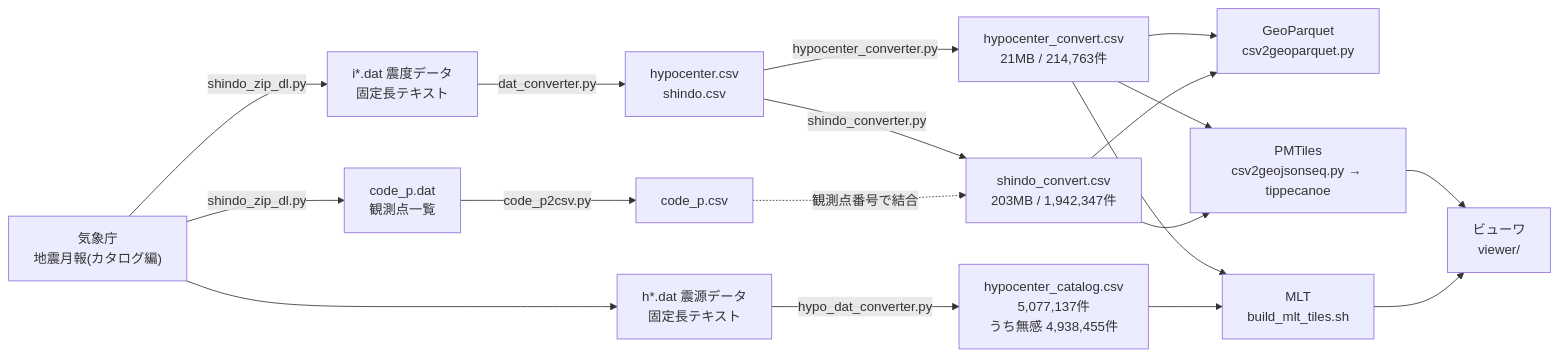
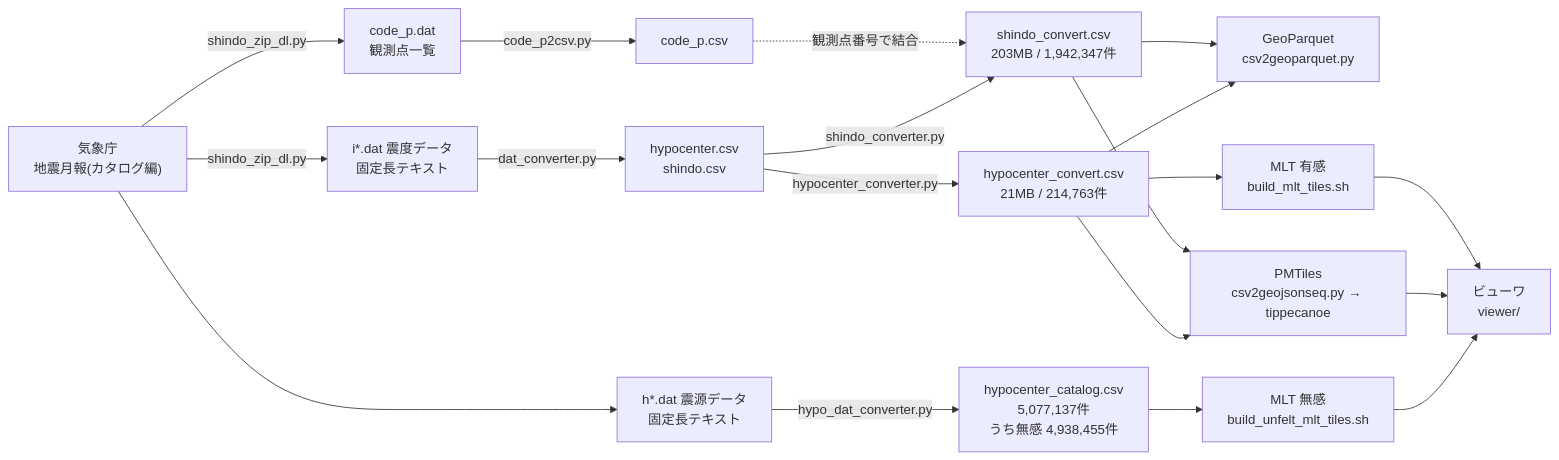
The diagram in README.md (shiwaku/jma-earthquake-data-converter), drawn with Mermaid before and after one commit. The commit also changed other lines of this file and 2 other files, not shown here.

````diff
--- a/README.md
+++ b/README.md
@@ -98,20 +112,21 @@
 ```mermaid
 flowchart LR
   JMA["気象庁<br/>地震月報(カタログ編)"] -->|shindo_zip_dl.py| DAT["i*.dat 震度データ<br/>固定長テキスト"]
   JMA -->|shindo_zip_dl.py| CODEP["code_p.dat<br/>観測点一覧"]
   JMA --> HDAT["h*.dat 震源データ<br/>固定長テキスト"]
   CODEP -->|code_p2csv.py| CODECSV["code_p.csv"]
   DAT -->|dat_converter.py| RAW["hypocenter.csv<br/>shindo.csv"]
   RAW -->|hypocenter_converter.py| HYPO["hypocenter_convert.csv<br/>21MB / 214,763件"]
   RAW -->|shindo_converter.py| SHINDO["shindo_convert.csv<br/>203MB / 1,942,347件"]
   HDAT -->|hypo_dat_converter.py| CAT["hypocenter_catalog.csv<br/>5,077,137件<br/>うち無感 4,938,455件"]
   CODECSV -.観測点番号で結合.-> SHINDO
   HYPO --> GP["GeoParquet<br/>csv2geoparquet.py"]
   SHINDO --> GP
   HYPO --> PM["PMTiles<br/>csv2geojsonseq.py → tippecanoe"]
   SHINDO --> PM
-  HYPO --> MLT["MLT<br/>build_mlt_tiles.sh"]
-  CAT --> MLT
+  HYPO --> MLT["MLT 有感<br/>build_mlt_tiles.sh"]
+  CAT --> MLTU["MLT 無感<br/>build_unfelt_mlt_tiles.sh"]
+  MLTU --> VIEWER
   PM --> VIEWER["ビューワ<br/>viewer/"]
   MLT --> VIEWER
 ```
````
